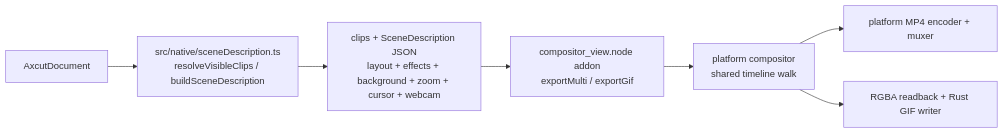
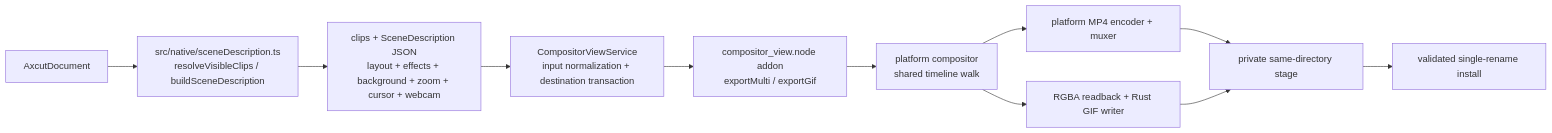
The diagram in technical-documentation/architecture/export-pipeline.md (tebuevd/openscreen), drawn with Mermaid before and after one commit. The commit also changed other lines of this file and 2 other files, not shown here.

````diff
--- a/technical-documentation/architecture/export-pipeline.md
+++ b/technical-documentation/architecture/export-pipeline.md
@@ -23,13 +25,17 @@
 ```mermaid
 flowchart LR
     DOC["AxcutDocument"]
     TSD["src/native/sceneDescription.ts<br/>resolveVisibleClips / buildSceneDescription"]
     RP["clips + SceneDescription JSON<br/>layout + effects + background + zoom + cursor + webcam"]
+    SERVICE["CompositorViewService<br/>input normalization + destination transaction"]
     ADDON["compositor_view.node addon<br/>exportMulti / exportGif"]
     NATIVE["platform compositor<br/>shared timeline walk"]
     MP4["platform MP4 encoder + muxer"]
     GIF["RGBA readback + Rust GIF writer"]
-    DOC --> TSD --> RP --> ADDON --> NATIVE
-    NATIVE --> MP4
-    NATIVE --> GIF
+    STAGE["private same-directory stage"]
+    INSTALL["validated single-rename install"]
+    DOC --> TSD --> RP --> SERVICE --> ADDON --> NATIVE
+    NATIVE --> MP4 --> STAGE
+    NATIVE --> GIF --> STAGE
+    STAGE --> INSTALL
 ```
````
